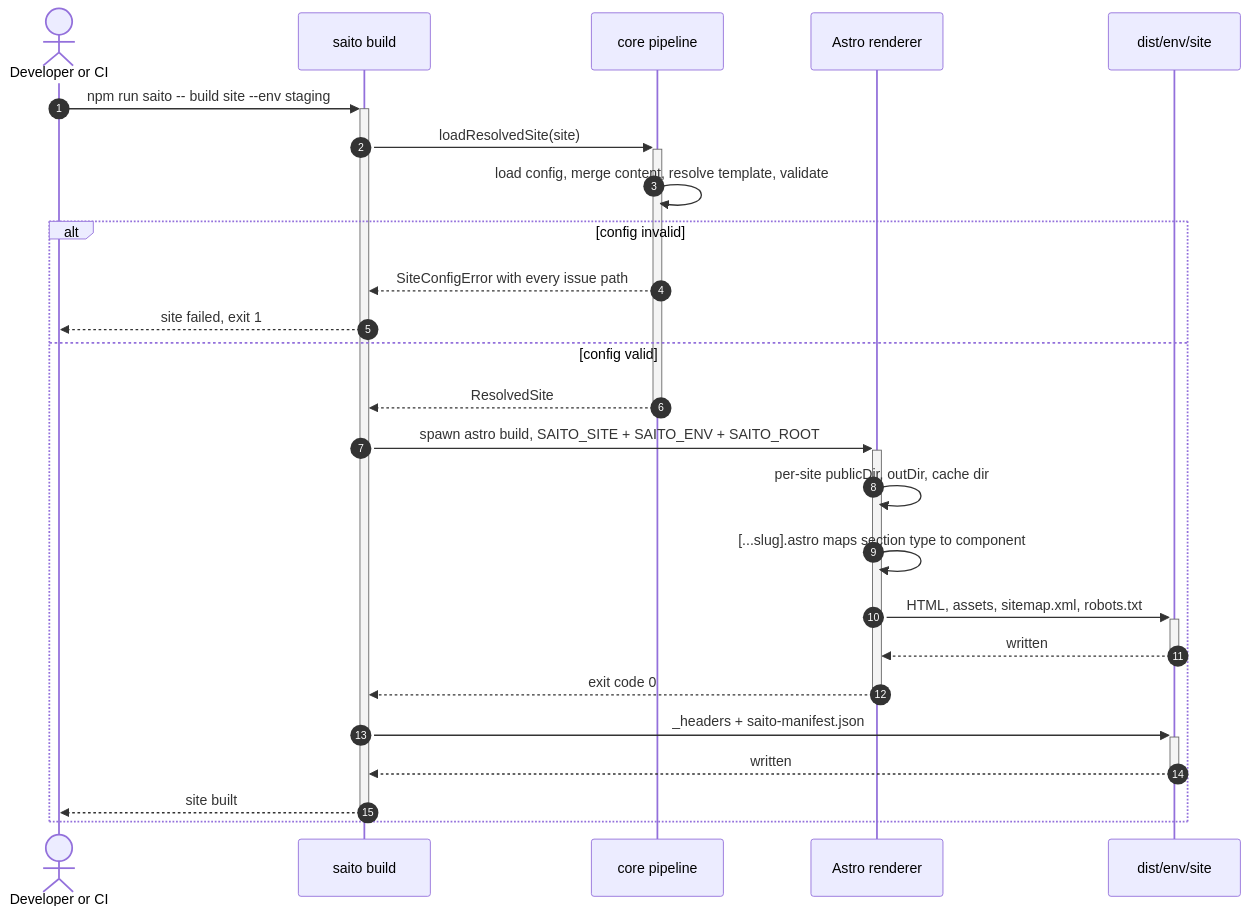
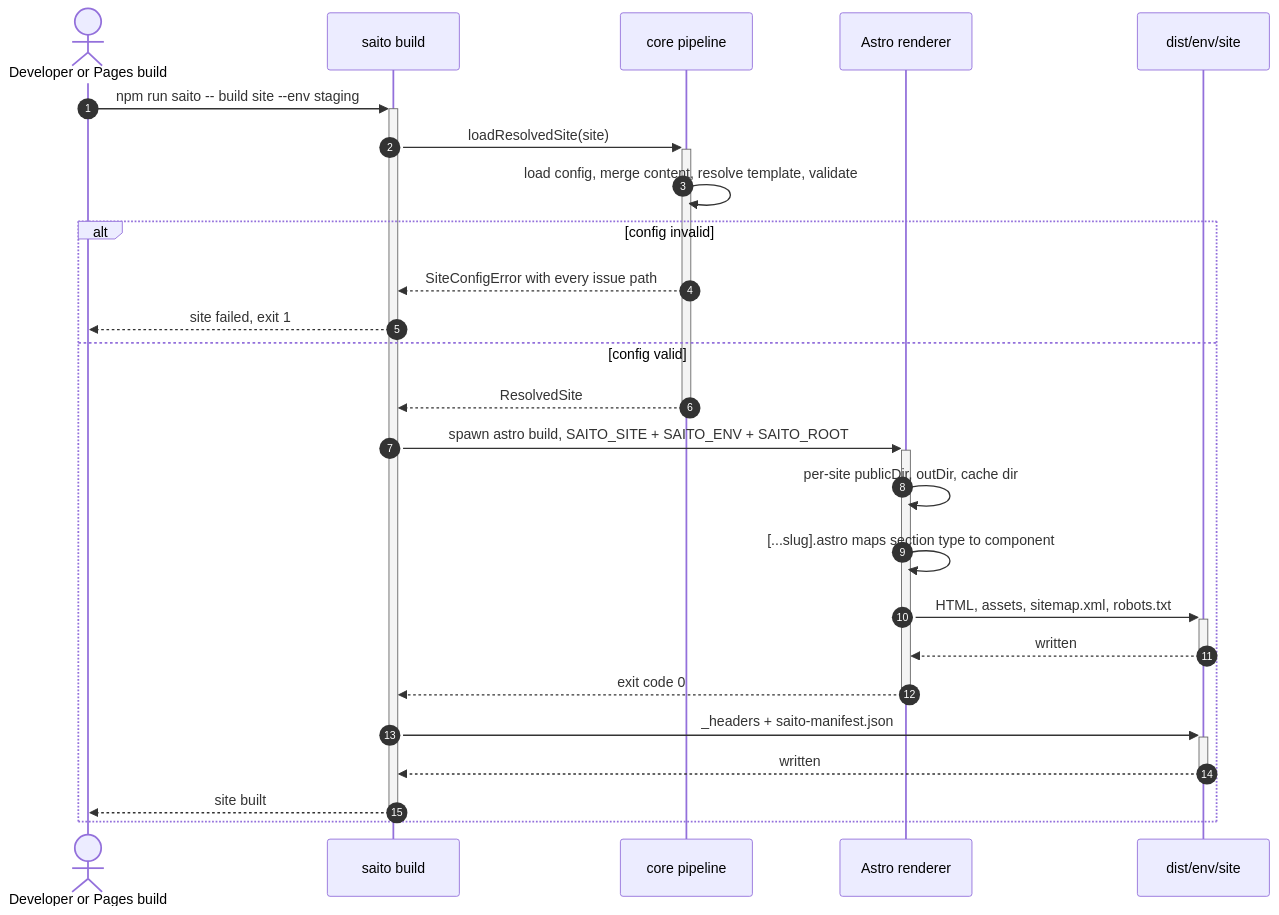
Before and after one commit to Gualtix/saito-builder: diagram 14 of 21 in README.md, drawn with Mermaid. The commit also changed other lines of this file and 9 other files, not shown here.

````diff
--- a/README.md
+++ b/README.md
@@ -613,28 +622,28 @@
 ```mermaid
 sequenceDiagram
   autonumber
-  actor Dev as Developer or CI
+  actor Dev as Developer or Pages build
   participant CLI as saito build
   participant Core as core pipeline
   participant Astro as Astro renderer
   participant FS as dist/env/site
 
   Dev->>+CLI: npm run saito -- build site --env staging
   CLI->>+Core: loadResolvedSite(site)
   Core->>Core: load config, merge content, resolve template, validate
   alt config invalid
     Core-->>CLI: SiteConfigError with every issue path
     CLI-->>Dev: site failed, exit 1
   else config valid
     Core-->>-CLI: ResolvedSite
     CLI->>+Astro: spawn astro build, SAITO_SITE + SAITO_ENV + SAITO_ROOT
     Astro->>Astro: per-site publicDir, outDir, cache dir
     Astro->>Astro: [...slug].astro maps section type to component
     Astro->>+FS: HTML, assets, sitemap.xml, robots.txt
     FS-->>-Astro: written
     Astro-->>-CLI: exit code 0
     CLI->>+FS: _headers + saito-manifest.json
     FS-->>-CLI: written
     CLI-->>-Dev: site built
   end
 ```
````
